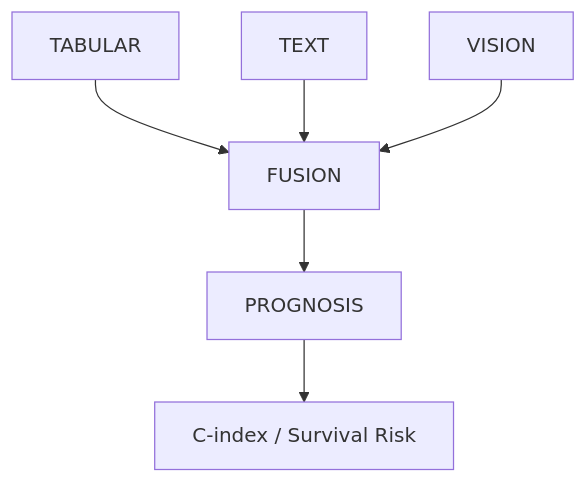
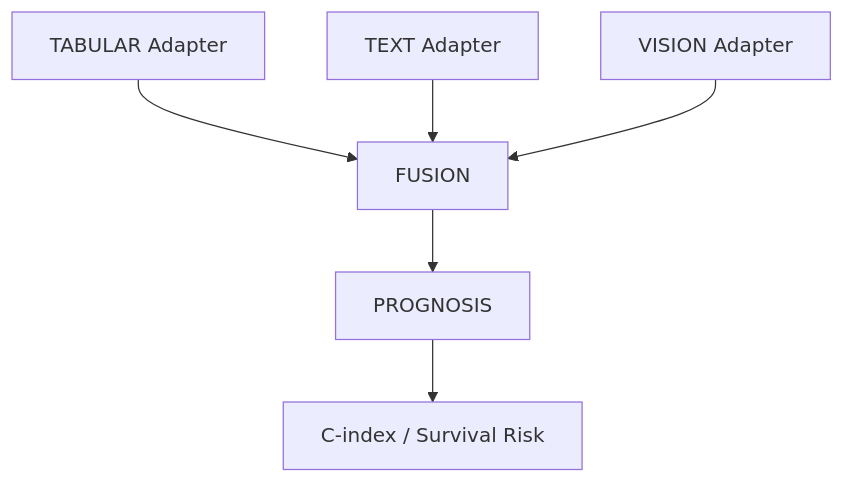
One commit to raulprtech/clinical_core changed the diagram in README.md. Above: the diagram before and after it, drawn with Mermaid. The commit also changed other lines of this file and 8 other files, not shown here.

Commit message:
refactor: implement hexagonal architecture by migrating models to adapters and adding external baseline support.

````diff
--- a/README.md
+++ b/README.md
@@ -5,8 +5,8 @@
 ```mermaid
 graph TD
-    A[TABULAR] --> D[FUSION]
-    B[TEXT] --> D
-    C[VISION] --> D[FUSION]
+    A[TABULAR Adapter] --> D[FUSION]
+    B[TEXT Adapter] --> D
+    C[VISION Adapter] --> D[FUSION]
     D --> E[PROGNOSIS]
     E --> F[C-index / Survival Risk]
 ```
````
